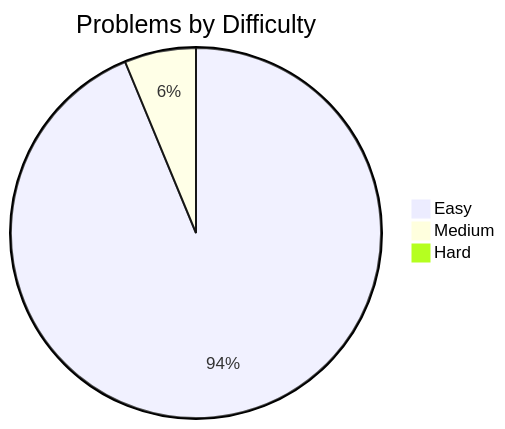
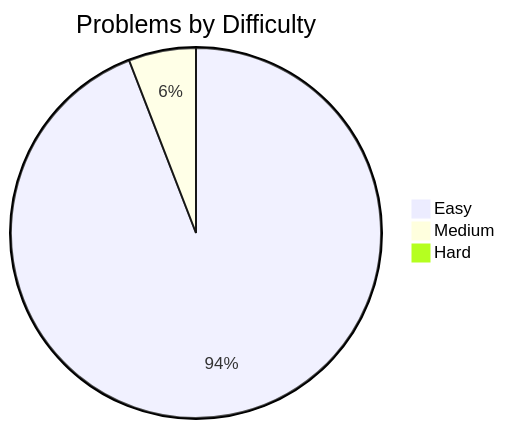
Before and after one commit to davelin18yufan/leetcode-journal: the diagram in README.md, drawn with Mermaid. The commit also changed other lines of this file and 1 other file, not shown here.

````diff
--- a/README.md
+++ b/README.md
@@ -9,7 +9,7 @@
 ```mermaid
 pie
     title Problems by Difficulty
-    "Easy" : 15
+    "Easy" : 16
     "Medium" : 1
     "Hard" : 0
 ```
````
